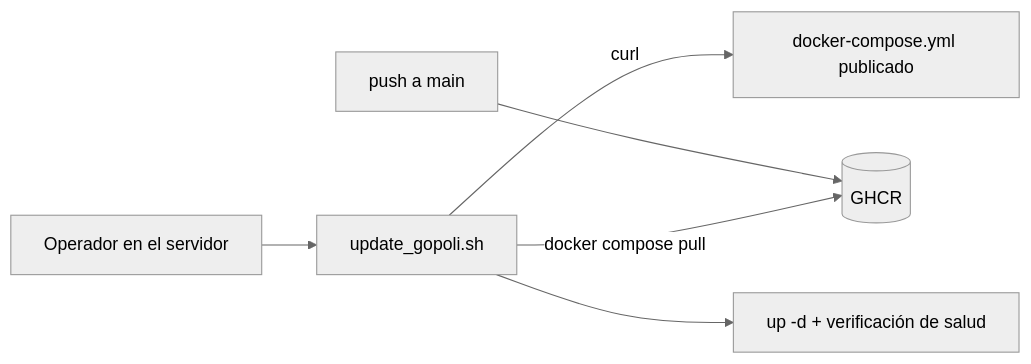
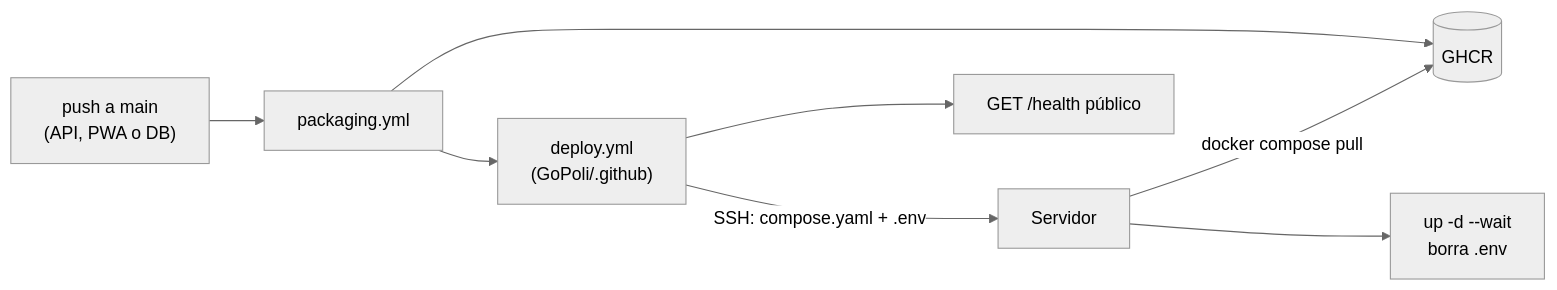
The second of 2 diagrams in docs/CI_CD.md (GoPoli/.github), drawn with Mermaid (neutral theme) before and after one commit. The commit also changed other lines of this file and 10 other files, not shown here.

Commit message:
Adopta compose.yaml como nombre de los archivos de Compose y documenta el despliegue automático.

````diff
--- a/docs/CI_CD.md
+++ b/docs/CI_CD.md
@@ -139,8 +140,13 @@
 ```mermaid
 flowchart LR
-  main["push a main"] --> ghcr[("GHCR")]
-  ops["Operador en el servidor"] --> upd["update_gopoli.sh"]
-  upd -->|"curl"| compose["docker-compose.yml publicado"]
-  upd -->|"docker compose pull"| ghcr
-  upd --> up["up -d + verificación de salud"]
+  push["push a main
+(API, PWA o DB)"] --> pkg["packaging.yml"]
+  pkg --> ghcr[("GHCR")]
+  pkg --> deploy["deploy.yml
+(GoPoli/.github)"]
+  deploy -->|"SSH: compose.yaml + .env"| server["Servidor"]
+  server -->|"docker compose pull"| ghcr
+  server --> up["up -d --wait
+borra .env"]
+  deploy --> health["GET /health público"]
 ```
````
